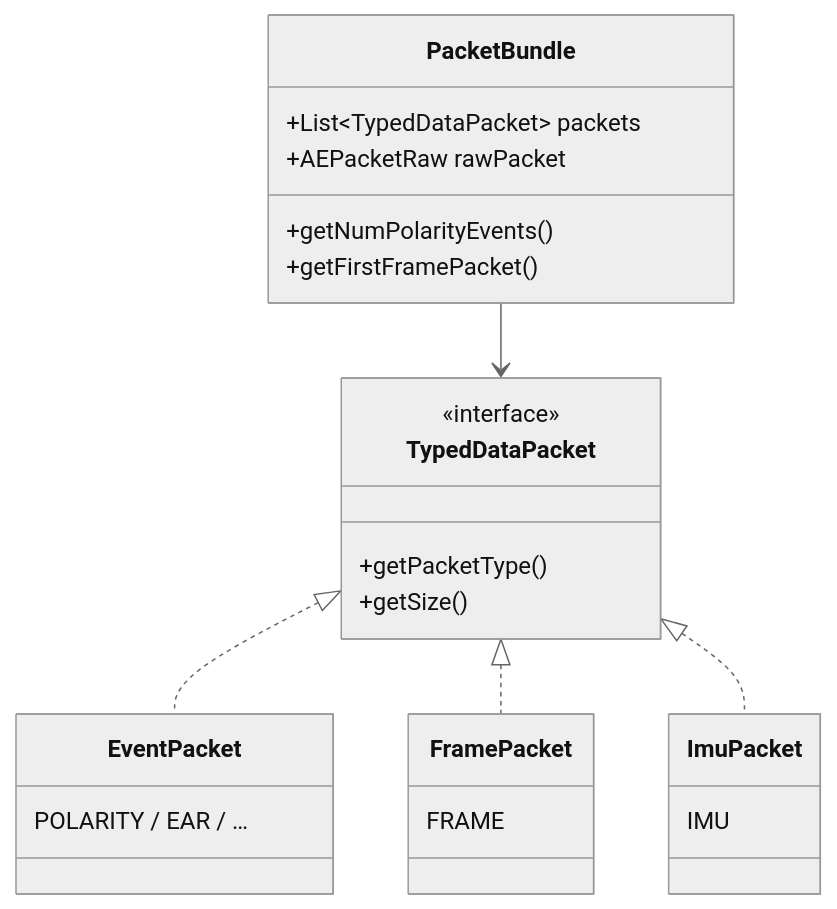
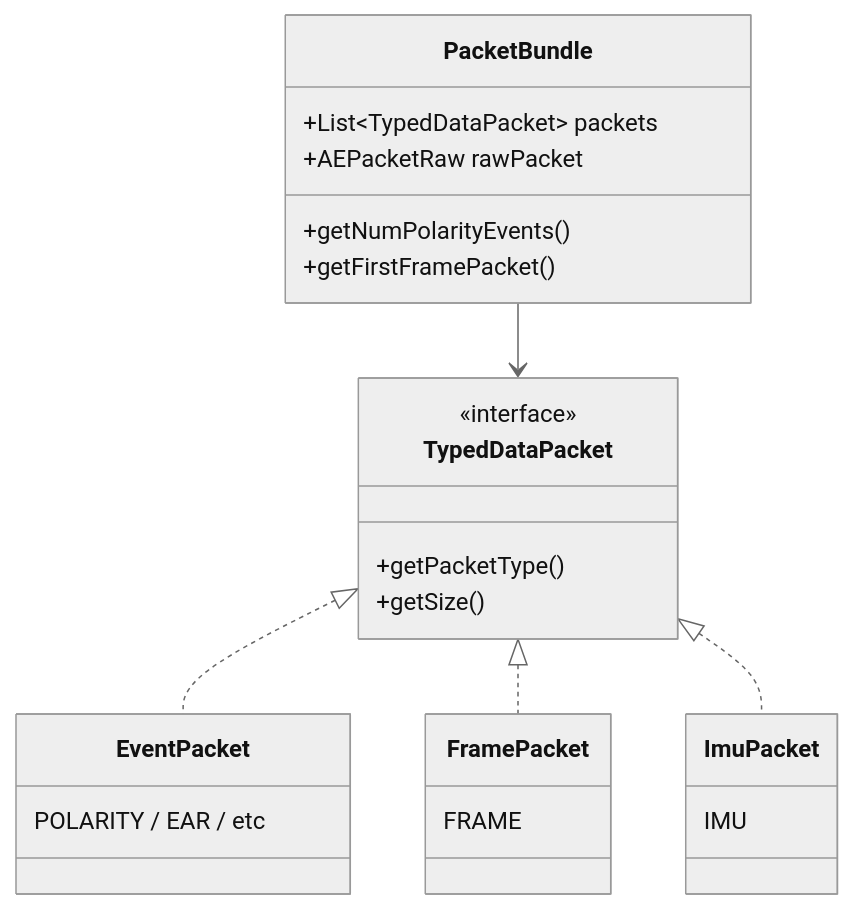
The fourth of 6 diagrams in docs/README-jaer3.md (SensorsINI/jaer), drawn with Mermaid (neutral theme) before and after one commit. The commit also changed other lines of this file, not shown here.

Commit message:
fixed diagram

````diff
--- a/docs/README-jaer3.md
+++ b/docs/README-jaer3.md
@@ -133,27 +133,27 @@
 ```mermaid
 classDiagram
   class PacketBundle {
     +List~TypedDataPacket~ packets
     +AEPacketRaw rawPacket
     +getNumPolarityEvents()
     +getFirstFramePacket()
   }
   class TypedDataPacket {
     <<interface>>
     +getPacketType()
     +getSize()
   }
   class EventPacket {
-    POLARITY / EAR / …
+    POLARITY / EAR / etc
   }
   class FramePacket {
     FRAME
   }
   class ImuPacket {
     IMU
   }
   PacketBundle --> TypedDataPacket
   TypedDataPacket <|.. EventPacket
   TypedDataPacket <|.. FramePacket
   TypedDataPacket <|.. ImuPacket
 ```
````
